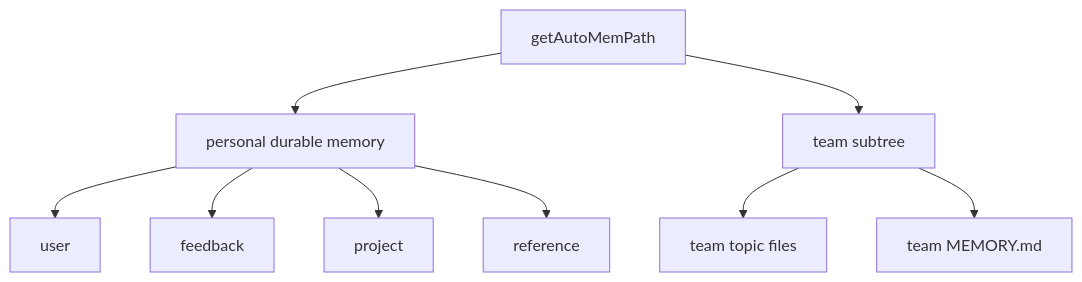
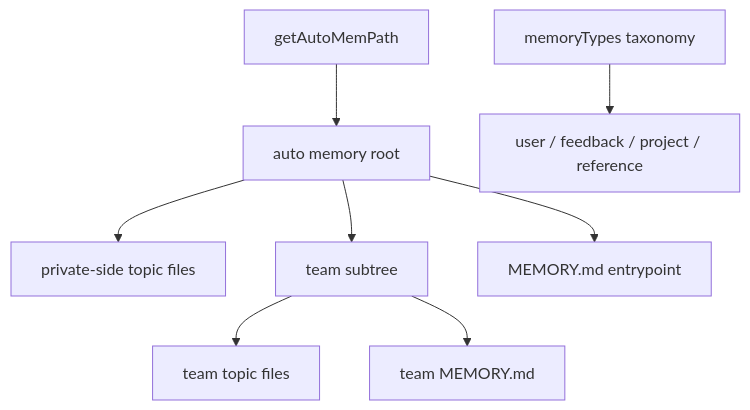
Before and after one commit to Boulea7/ClaudeCode-Source-DeepDive: the second of 2 diagrams in MODULES/03-persistent-memory-system/DEEP/README.md, drawn with Mermaid. The commit also changed other lines of this file and 4 other files, not shown here.

````diff
--- a/MODULES/03-persistent-memory-system/DEEP/README.md
+++ b/MODULES/03-persistent-memory-system/DEEP/README.md
@@ -262,11 +256,10 @@
 ```mermaid
 flowchart TD
-    A[getAutoMemPath] --> B[personal durable memory]
-    A --> C[team subtree]
-    B --> D[user]
-    B --> E[feedback]
-    B --> F[project]
-    B --> G[reference]
-    C --> H[team topic files]
-    C --> I[team MEMORY.md]
+    A[getAutoMemPath] --> B[auto memory root]
+    B --> C[private-side topic files]
+    B --> D[team subtree]
+    B --> E[MEMORY.md entrypoint]
+    D --> F[team topic files]
+    D --> G[team MEMORY.md]
+    H[memoryTypes taxonomy] --> I[user / feedback / project / reference]
 ```
````
